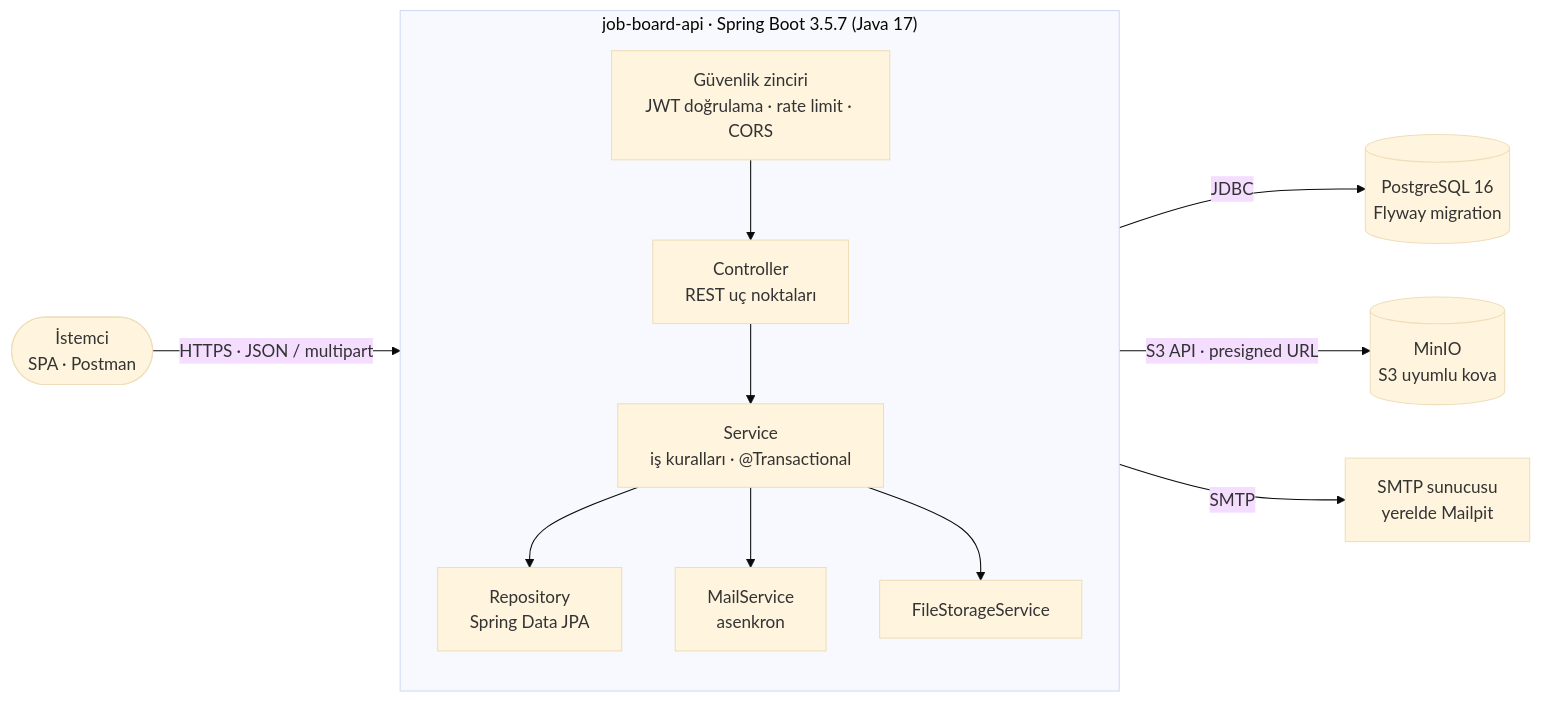
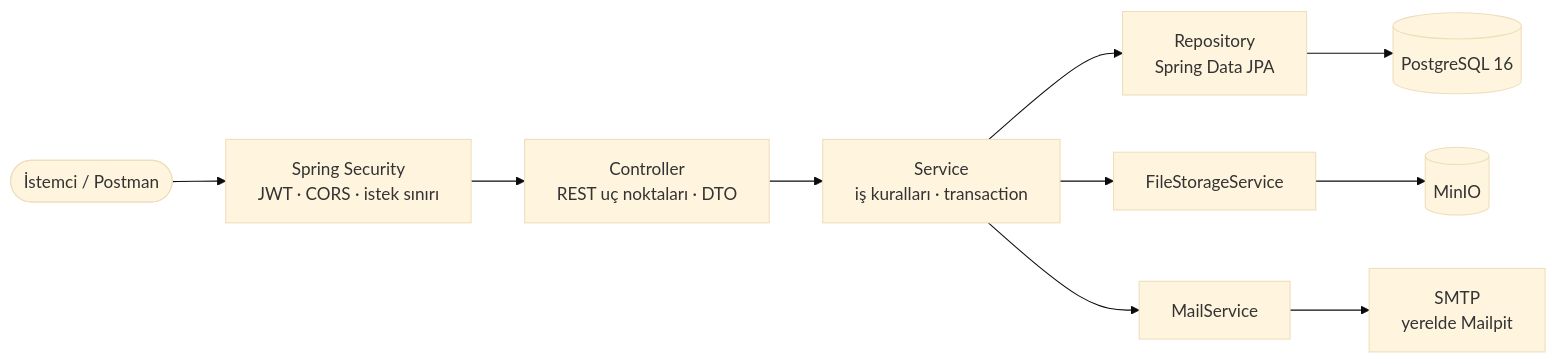
Before and after one commit to perteka/job-board-api: the diagram in README.md, drawn with Mermaid (base theme). The commit also changed other lines of this file, not shown here.

````diff
--- a/README.md
+++ b/README.md
@@ -35,28 +34,17 @@
 ```mermaid
 flowchart LR
-    CLIENT(["İstemci<br/>SPA · Postman"])
+    CLIENT([İstemci / Postman])
+    SECURITY["Spring Security<br/>JWT · CORS · istek sınırı"]
+    CONTROLLER["Controller<br/>REST uç noktaları · DTO"]
+    SERVICE["Service<br/>iş kuralları · transaction"]
+    REPOSITORY["Repository<br/>Spring Data JPA"]
+    DATABASE[(PostgreSQL 16)]
+    STORAGE[FileStorageService]
+    MINIO[(MinIO)]
+    MAIL[MailService]
+    SMTP["SMTP<br/>yerelde Mailpit"]
 
-    subgraph APP["job-board-api · Spring Boot 3.5.7 (Java 17)"]
-        direction TB
-        SEC["Güvenlik zinciri<br/>JWT doğrulama · rate limit · CORS"]
-        CTRL["Controller<br/>REST uç noktaları"]
-        SVC["Service<br/>iş kuralları · @Transactional"]
-        REPO["Repository<br/>Spring Data JPA"]
-        MAIL["MailService<br/>asenkron"]
-        FILES["FileStorageService"]
-        SEC --> CTRL
-        CTRL --> SVC
-        SVC --> REPO
-        SVC --> MAIL
-        SVC --> FILES
-    end
-
-    PG[("PostgreSQL 16<br/>Flyway migration")]
-    MINIO[("MinIO<br/>S3 uyumlu kova")]
-    SMTP["SMTP sunucusu<br/>yerelde Mailpit"]
-
-    CLIENT -->|"HTTPS · JSON / multipart"| SEC
-    REPO -->|"JDBC"| PG
-    FILES -->|"S3 API · presigned URL"| MINIO
-    MAIL -->|"SMTP"| SMTP
+    CLIENT --> SECURITY --> CONTROLLER --> SERVICE --> REPOSITORY --> DATABASE
+    SERVICE --> STORAGE --> MINIO
+    SERVICE --> MAIL --> SMTP
 ```
````
